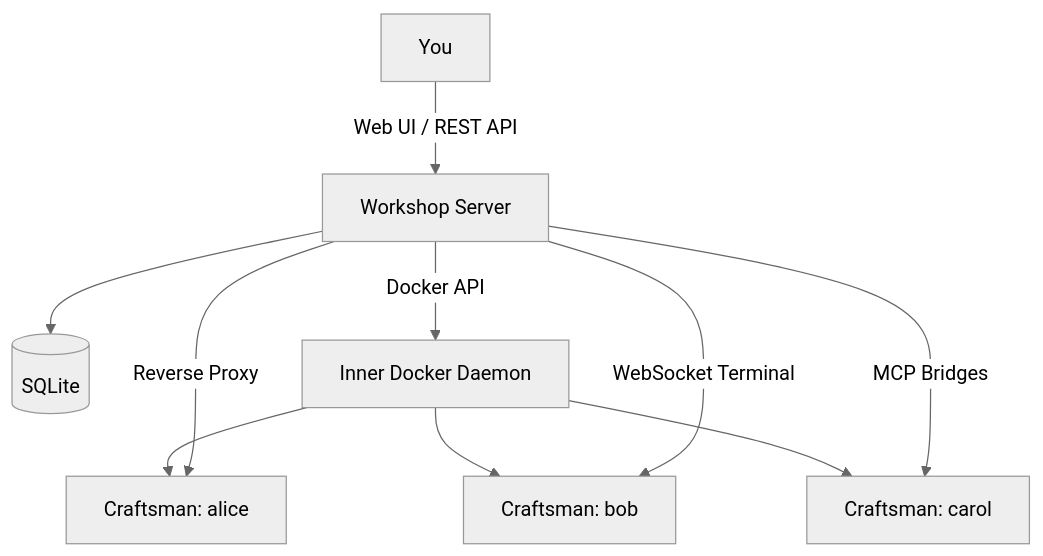
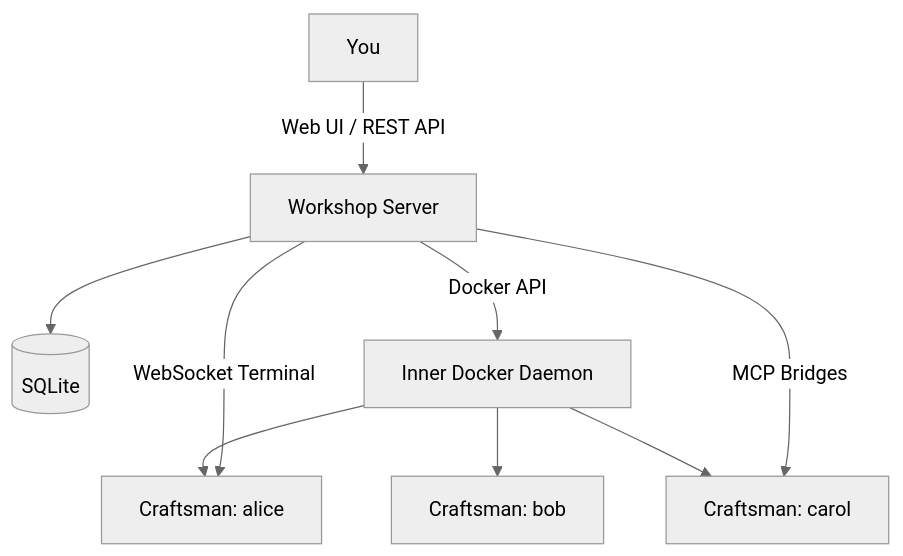
One commit to marcus-gc/workshop changed the diagram in documentation/index.md. Above: the diagram before and after it, drawn with Mermaid (neutral theme). The commit also changed other lines of this file and 4 other files, not shown here.

Commit message:
Removed reverse proxy stuff

````diff
--- a/documentation/index.md
+++ b/documentation/index.md
@@ -15,17 +15,16 @@
 ```mermaid
 flowchart TD
   U[You] -->|Web UI / REST API| W[Workshop Server]
   W --> DB[(SQLite)]
   W -->|Docker API| D[Inner Docker Daemon]
   D --> C1[Craftsman: alice]
   D --> C2[Craftsman: bob]
   D --> C3[Craftsman: carol]
-  W -->|Reverse Proxy| C1
-  W -->|WebSocket Terminal| C2
+  W -->|WebSocket Terminal| C1
   W -->|MCP Bridges| C3
 
   click W href "#" "server/src/index.ts"
   click DB href "#" "server/src/db/schema.ts:3-37"
   click D href "#" "server/entrypoint.sh"
   click C1 href "#" "server/Dockerfile.craftsman"
 ```
````
